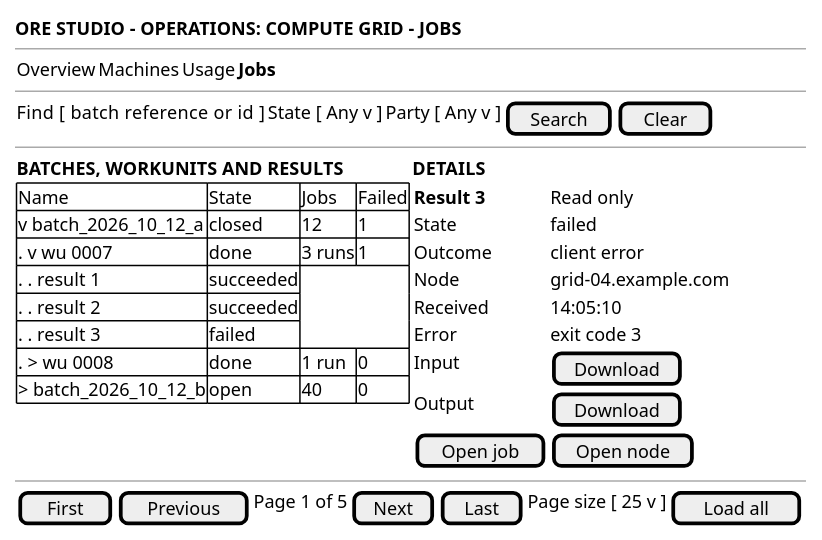
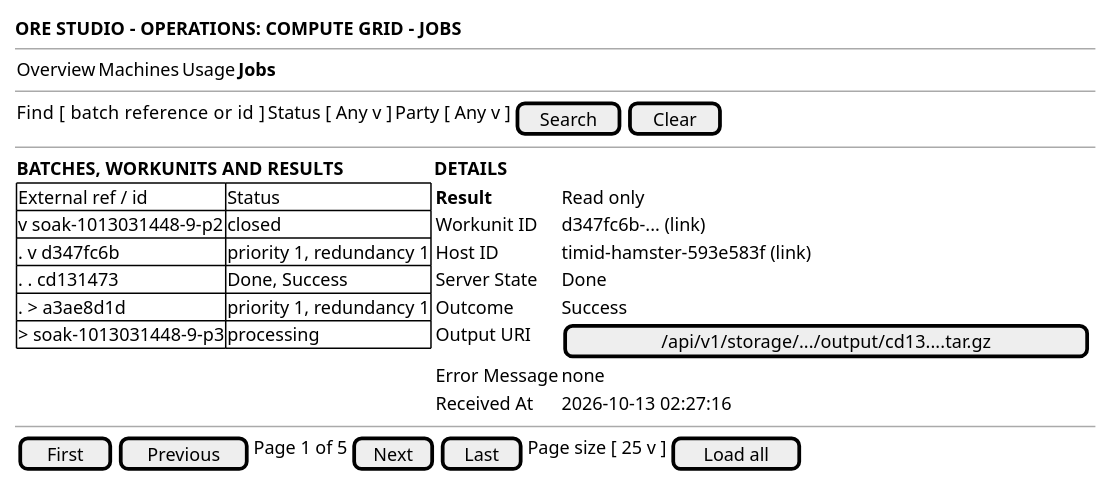
The diagram in doc/knowledge/journeys/compute/wireframe_browse_the_grids_jobs.puml (OreStudio/OreStudio), drawn with PlantUML before and after one commit. The commit also changed 5 other files, not shown here.

First line of the commit message:
[compute] Show only the entity fields in the jobs prototype

```diff
--- a/doc/knowledge/journeys/compute/wireframe_browse_the_grids_jobs.puml
+++ b/doc/knowledge/journeys/compute/wireframe_browse_the_grids_jobs.puml
@@ -18,42 +18,39 @@
 @startuml
 
 salt
 {
   <b>ORE STUDIO - OPERATIONS: COMPUTE GRID - JOBS</b>
   --
   {
     Overview | Machines | Usage | <b>Jobs</b>
   }
   --
   {
-    Find [ batch reference or id   ] | State [ Any v ] | Party [ Any v ] | [ Search ] | [ Clear ]
+    Find [ batch reference or id   ] | Status [ Any v ] | Party [ Any v ] | [ Search ] | [ Clear ]
   }
   --
   {
     <b>BATCHES, WORKUNITS AND RESULTS</b> | <b>DETAILS</b>
     {#
-      Name | State | Jobs | Failed
-      v batch_2026_10_12_a | closed | 12 | 1
-      . v wu 0007 | done | 3 runs | 1
-      . . result 1 | succeeded
-      . . result 2 | succeeded
-      . . result 3 | failed
-      . > wu 0008 | done | 1 run | 0
-      > batch_2026_10_12_b | open | 40 | 0
+      External ref / id | Status
+      v soak-1013031448-9-p2 | closed
+      . v d347fc6b | priority 1, redundancy 1
+      . . cd131473 | Done, Success
+      . > a3ae8d1d | priority 1, redundancy 1
+      > soak-1013031448-9-p3 | processing
     } | {
-      <b>Result 3</b> | Read only
-      State | failed
-      Outcome | client error
-      Node | grid-04.example.com
-      Received | 14:05:10
-      Error | exit code 3
-      Input | [ Download ]
-      Output | [ Download ]
-      [ Open job ] | [ Open node ]
+      <b>Result</b> | Read only
+      Workunit ID | d347fc6b-... (link)
+      Host ID | timid-hamster-593e583f (link)
+      Server State | Done
+      Outcome | Success
+      Output URI | [ /api/v1/storage/.../output/cd13....tar.gz ]
+      Error Message | none
+      Received At | 2026-10-13 02:27:16
     }
   }
   --
   { [ First ] | [ Previous ] | Page 1 of 5 | [ Next ] | [ Last ] | Page size [ 25 v ] | [ Load all ] }
 }
 
 @enduml
```
